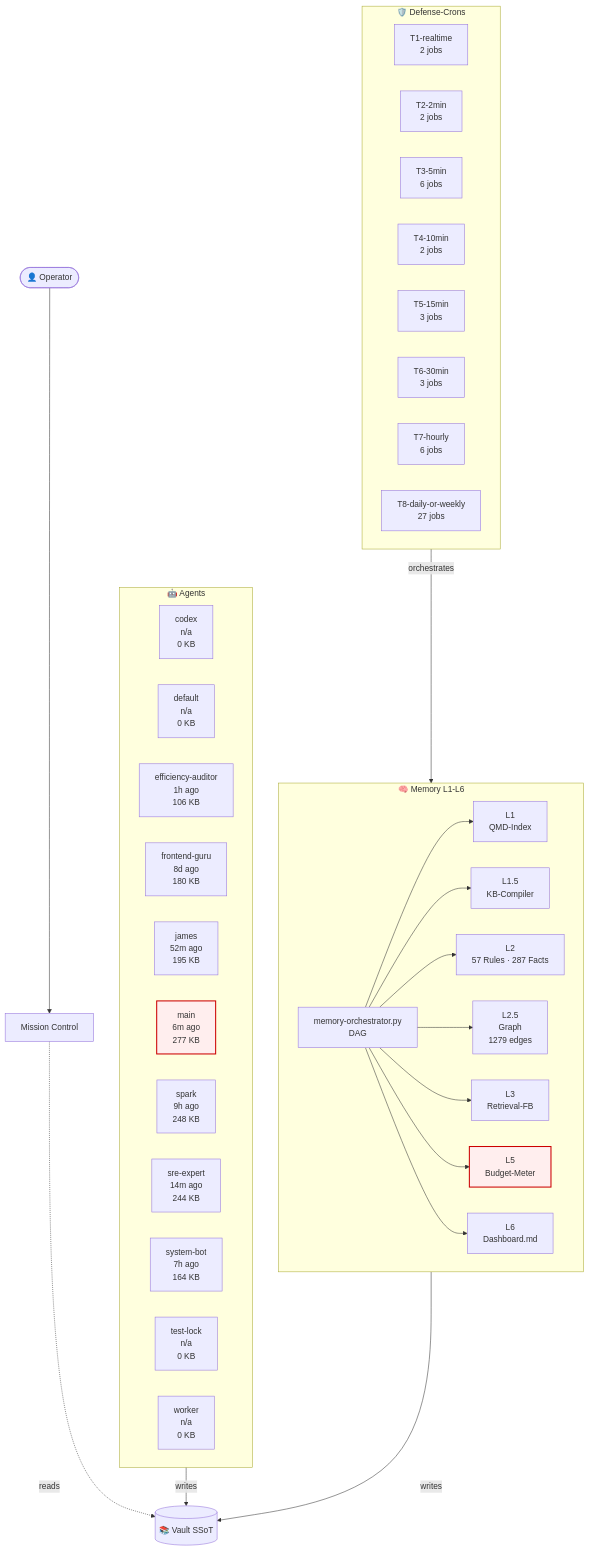
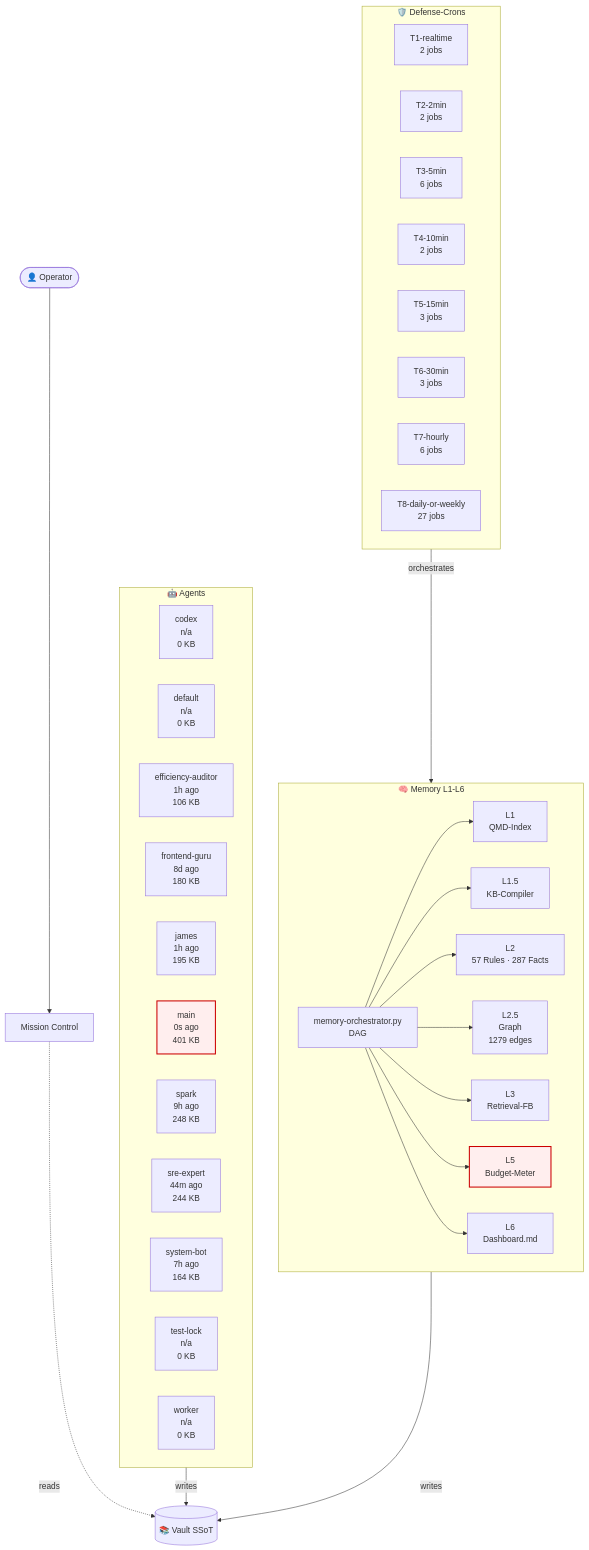
The diagram in 03-Agents/architecture-live.md (lenardhuebner88-rgb/openclaw-memory), drawn with Mermaid before and after one commit. The commit also changed other lines of this file and 1 other file, not shown here.

````diff
--- a/03-Agents/architecture-live.md
+++ b/03-Agents/architecture-live.md
@@ -18,54 +18,54 @@
 ```mermaid
 flowchart TB
     classDef critical fill:#fee,stroke:#c00,stroke-width:2px;
     subgraph AGT["🤖 Agents"]
         agent_codex["codex<br/>n/a<br/>0 KB"]
         agent_default["default<br/>n/a<br/>0 KB"]
         agent_efficiency_auditor["efficiency-auditor<br/>1h ago<br/>106 KB"]
         agent_frontend_guru["frontend-guru<br/>8d ago<br/>180 KB"]
-        agent_james["james<br/>52m ago<br/>195 KB"]
-        agent_main["main<br/>6m ago<br/>277 KB"]
+        agent_james["james<br/>1h ago<br/>195 KB"]
+        agent_main["main<br/>0s ago<br/>401 KB"]
         agent_spark["spark<br/>9h ago<br/>248 KB"]
-        agent_sre_expert["sre-expert<br/>14m ago<br/>244 KB"]
+        agent_sre_expert["sre-expert<br/>44m ago<br/>244 KB"]
         agent_system_bot["system-bot<br/>7h ago<br/>164 KB"]
         agent_test_lock["test-lock<br/>n/a<br/>0 KB"]
         agent_worker["worker<br/>n/a<br/>0 KB"]
     end
     subgraph MEM["🧠 Memory L1-L6"]
         L1["L1<br/>QMD-Index"]
         L15["L1.5<br/>KB-Compiler"]
         L2["L2<br/>57 Rules · 287 Facts"]
         L25["L2.5<br/>Graph<br/>1279 edges"]
         L3["L3<br/>Retrieval-FB"]
         L5["L5<br/>Budget-Meter"]
         L6["L6<br/>Dashboard.md"]
         ORCH["memory-orchestrator.py<br/>DAG"]
     end
     subgraph CRN["🛡️ Defense-Crons"]
         tier_T1_realtime["T1-realtime<br/>2 jobs"]
         tier_T2_2min["T2-2min<br/>2 jobs"]
         tier_T3_5min["T3-5min<br/>6 jobs"]
         tier_T4_10min["T4-10min<br/>2 jobs"]
         tier_T5_15min["T5-15min<br/>3 jobs"]
         tier_T6_30min["T6-30min<br/>3 jobs"]
         tier_T7_hourly["T7-hourly<br/>6 jobs"]
         tier_T8_daily_or_weekly["T8-daily-or-weekly<br/>27 jobs"]
     end
     VAULT[("📚 Vault SSoT")]
     OP([👤 Operator])
     MC["Mission Control"]
     OP --> MC
     MC -.reads.-> VAULT
     AGT -->|writes| VAULT
     MEM -->|writes| VAULT
     ORCH --> L1
     ORCH --> L15
     ORCH --> L2
     ORCH --> L25
     ORCH --> L3
     ORCH --> L5
     ORCH --> L6
     CRN -->|orchestrates| MEM
     class L5 critical
     class agent_main critical
 ```
````
